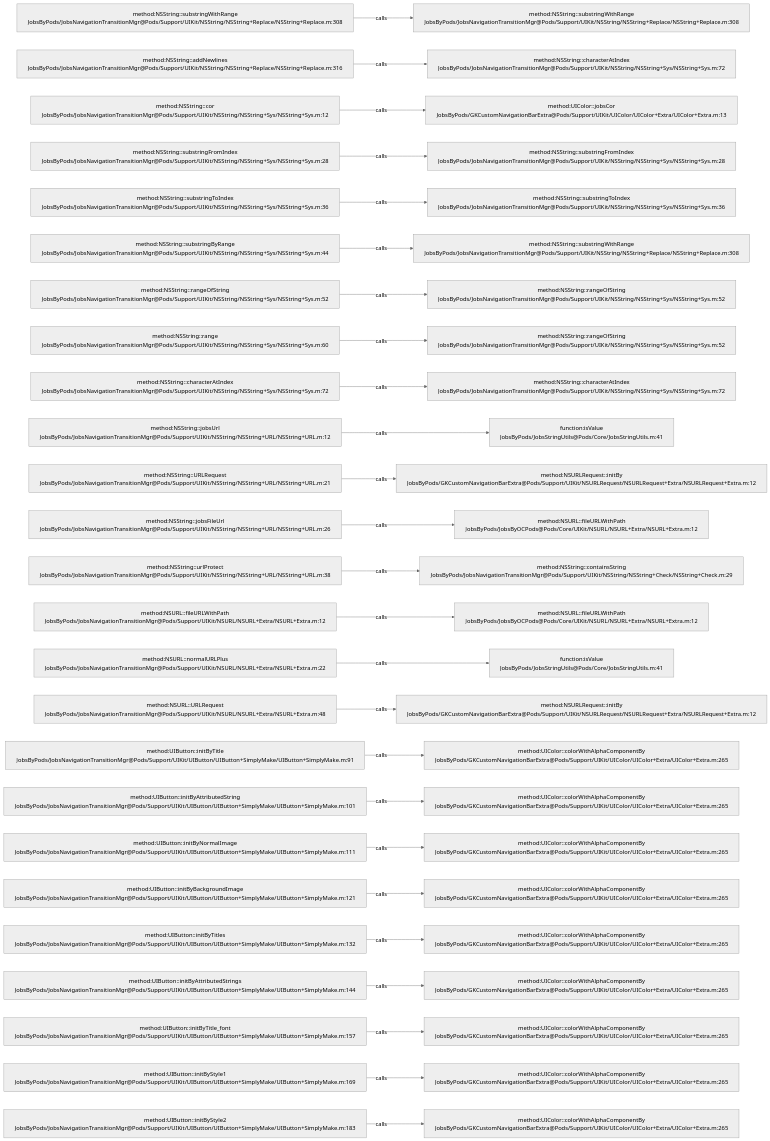
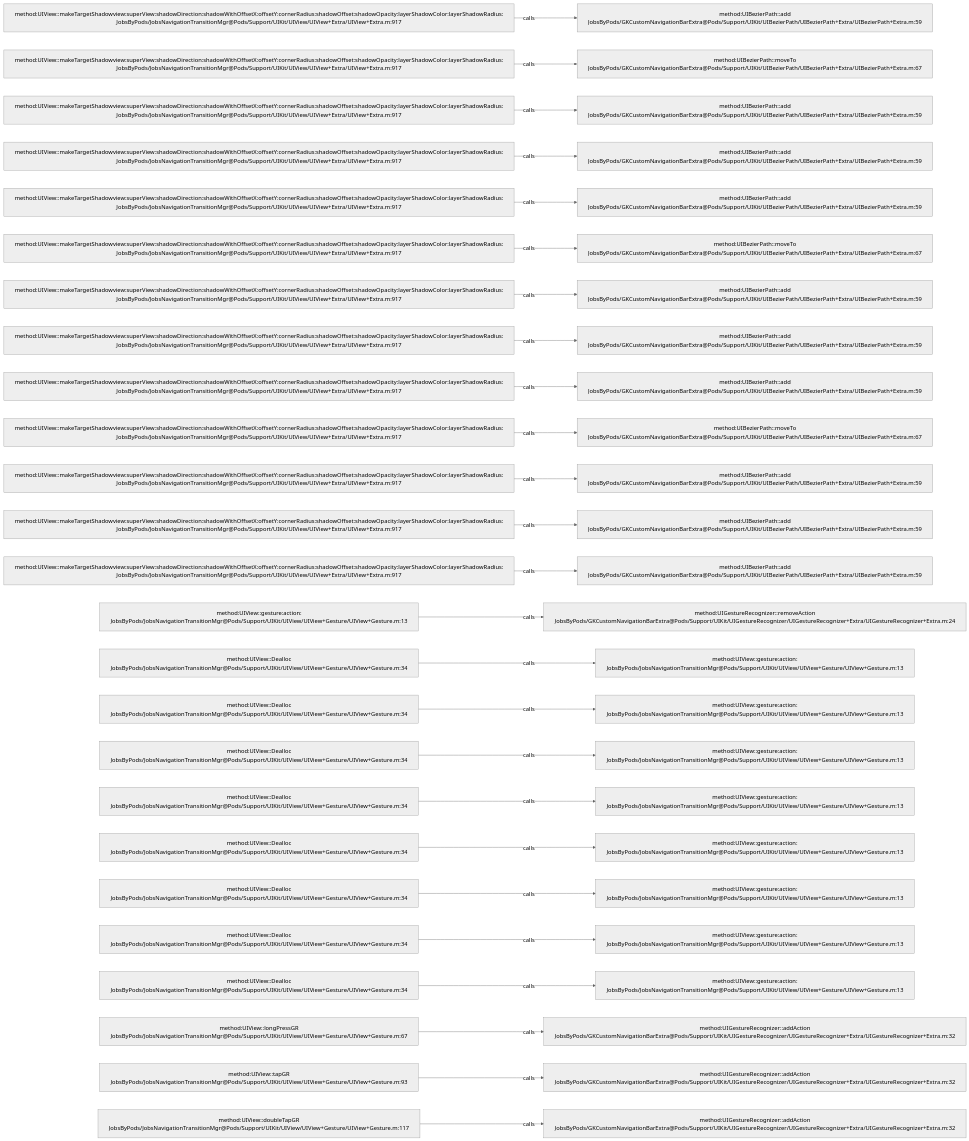
The diagram in .codegraph/codegraph.md/graphs/calls-133.md (JobsKits/JobsOCBaseConfigDemo), drawn with Mermaid (neutral theme) before and after one commit. The commit also changed 639 other files, not shown here.

````diff
--- a/.codegraph/codegraph.md/graphs/calls-133.md
+++ b/.codegraph/codegraph.md/graphs/calls-133.md
@@ -13,78 +13,78 @@
 ```mermaid
 flowchart LR
-  S1["method:NSString::substringWithRange<br/>JobsByPods/JobsNavigationTransitionMgr@Pods/Support/UIKit/NSString/NSString+Replace/NSString+Replace.m:308"]
-  T1["method:NSString::substringWithRange<br/>JobsByPods/JobsNavigationTransitionMgr@Pods/Support/UIKit/NSString/NSString+Replace/NSString+Replace.m:308"]
+  S1["method:UIView::makeTargetShadowview:superView:shadowDirection:shadowWithOffsetX:offsetY:cornerRadius:shadowOffset:shadowOpacity:layerShadowColor:layerShadowRadius:<br/>JobsByPods/JobsNavigationTransitionMgr@Pods/Support/UIKit/UIView/UIView+Extra/UIView+Extra.m:917"]
+  T1["method:UIBezierPath::add<br/>JobsByPods/GKCustomNavigationBarExtra@Pods/Support/UIKit/UIBezierPath/UIBezierPath+Extra/UIBezierPath+Extra.m:59"]
   S1 -->|calls| T1
-  S2["method:NSString::addNewlines<br/>JobsByPods/JobsNavigationTransitionMgr@Pods/Support/UIKit/NSString/NSString+Replace/NSString+Replace.m:316"]
-  T2["method:NSString::characterAtIndex<br/>JobsByPods/JobsNavigationTransitionMgr@Pods/Support/UIKit/NSString/NSString+Sys/NSString+Sys.m:72"]
+  S2["method:UIView::makeTargetShadowview:superView:shadowDirection:shadowWithOffsetX:offsetY:cornerRadius:shadowOffset:shadowOpacity:layerShadowColor:layerShadowRadius:<br/>JobsByPods/JobsNavigationTransitionMgr@Pods/Support/UIKit/UIView/UIView+Extra/UIView+Extra.m:917"]
+  T2["method:UIBezierPath::moveTo<br/>JobsByPods/GKCustomNavigationBarExtra@Pods/Support/UIKit/UIBezierPath/UIBezierPath+Extra/UIBezierPath+Extra.m:67"]
   S2 -->|calls| T2
-  S3["method:NSString::cor<br/>JobsByPods/JobsNavigationTransitionMgr@Pods/Support/UIKit/NSString/NSString+Sys/NSString+Sys.m:12"]
-  T3["method:UIColor::jobsCor<br/>JobsByPods/GKCustomNavigationBarExtra@Pods/Support/UIKit/UIColor/UIColor+Extra/UIColor+Extra.m:13"]
+  S3["method:UIView::makeTargetShadowview:superView:shadowDirection:shadowWithOffsetX:offsetY:cornerRadius:shadowOffset:shadowOpacity:layerShadowColor:layerShadowRadius:<br/>JobsByPods/JobsNavigationTransitionMgr@Pods/Support/UIKit/UIView/UIView+Extra/UIView+Extra.m:917"]
+  T3["method:UIBezierPath::add<br/>JobsByPods/GKCustomNavigationBarExtra@Pods/Support/UIKit/UIBezierPath/UIBezierPath+Extra/UIBezierPath+Extra.m:59"]
   S3 -->|calls| T3
-  S4["method:NSString::substringFromIndex<br/>JobsByPods/JobsNavigationTransitionMgr@Pods/Support/UIKit/NSString/NSString+Sys/NSString+Sys.m:28"]
-  T4["method:NSString::substringFromIndex<br/>JobsByPods/JobsNavigationTransitionMgr@Pods/Support/UIKit/NSString/NSString+Sys/NSString+Sys.m:28"]
+  S4["method:UIView::makeTargetShadowview:superView:shadowDirection:shadowWithOffsetX:offsetY:cornerRadius:shadowOffset:shadowOpacity:layerShadowColor:layerShadowRadius:<br/>JobsByPods/JobsNavigationTransitionMgr@Pods/Support/UIKit/UIView/UIView+Extra/UIView+Extra.m:917"]
+  T4["method:UIBezierPath::add<br/>JobsByPods/GKCustomNavigationBarExtra@Pods/Support/UIKit/UIBezierPath/UIBezierPath+Extra/UIBezierPath+Extra.m:59"]
   S4 -->|calls| T4
-  S5["method:NSString::substringToIndex<br/>JobsByPods/JobsNavigationTransitionMgr@Pods/Support/UIKit/NSString/NSString+Sys/NSString+Sys.m:36"]
-  T5["method:NSString::substringToIndex<br/>JobsByPods/JobsNavigationTransitionMgr@Pods/Support/UIKit/NSString/NSString+Sys/NSString+Sys.m:36"]
+  S5["method:UIView::makeTargetShadowview:superView:shadowDirection:shadowWithOffsetX:offsetY:cornerRadius:shadowOffset:shadowOpacity:layerShadowColor:layerShadowRadius:<br/>JobsByPods/JobsNavigationTransitionMgr@Pods/Support/UIKit/UIView/UIView+Extra/UIView+Extra.m:917"]
+  T5["method:UIBezierPath::add<br/>JobsByPods/GKCustomNavigationBarExtra@Pods/Support/UIKit/UIBezierPath/UIBezierPath+Extra/UIBezierPath+Extra.m:59"]
   S5 -->|calls| T5
-  S6["method:NSString::substringByRange<br/>JobsByPods/JobsNavigationTransitionMgr@Pods/Support/UIKit/NSString/NSString+Sys/NSString+Sys.m:44"]
-  T6["method:NSString::substringWithRange<br/>JobsByPods/JobsNavigationTransitionMgr@Pods/Support/UIKit/NSString/NSString+Replace/NSString+Replace.m:308"]
+  S6["method:UIView::makeTargetShadowview:superView:shadowDirection:shadowWithOffsetX:offsetY:cornerRadius:shadowOffset:shadowOpacity:layerShadowColor:layerShadowRadius:<br/>JobsByPods/JobsNavigationTransitionMgr@Pods/Support/UIKit/UIView/UIView+Extra/UIView+Extra.m:917"]
+  T6["method:UIBezierPath::moveTo<br/>JobsByPods/GKCustomNavigationBarExtra@Pods/Support/UIKit/UIBezierPath/UIBezierPath+Extra/UIBezierPath+Extra.m:67"]
   S6 -->|calls| T6
-  S7["method:NSString::rangeOfString<br/>JobsByPods/JobsNavigationTransitionMgr@Pods/Support/UIKit/NSString/NSString+Sys/NSString+Sys.m:52"]
-  T7["method:NSString::rangeOfString<br/>JobsByPods/JobsNavigationTransitionMgr@Pods/Support/UIKit/NSString/NSString+Sys/NSString+Sys.m:52"]
+  S7["method:UIView::makeTargetShadowview:superView:shadowDirection:shadowWithOffsetX:offsetY:cornerRadius:shadowOffset:shadowOpacity:layerShadowColor:layerShadowRadius:<br/>JobsByPods/JobsNavigationTransitionMgr@Pods/Support/UIKit/UIView/UIView+Extra/UIView+Extra.m:917"]
+  T7["method:UIBezierPath::add<br/>JobsByPods/GKCustomNavigationBarExtra@Pods/Support/UIKit/UIBezierPath/UIBezierPath+Extra/UIBezierPath+Extra.m:59"]
   S7 -->|calls| T7
-  S8["method:NSString::range<br/>JobsByPods/JobsNavigationTransitionMgr@Pods/Support/UIKit/NSString/NSString+Sys/NSString+Sys.m:60"]
-  T8["method:NSString::rangeOfString<br/>JobsByPods/JobsNavigationTransitionMgr@Pods/Support/UIKit/NSString/NSString+Sys/NSString+Sys.m:52"]
+  S8["method:UIView::makeTargetShadowview:superView:shadowDirection:shadowWithOffsetX:offsetY:cornerRadius:shadowOffset:shadowOpacity:layerShadowColor:layerShadowRadius:<br/>JobsByPods/JobsNavigationTransitionMgr@Pods/Support/UIKit/UIView/UIView+Extra/UIView+Extra.m:917"]
+  T8["method:UIBezierPath::add<br/>JobsByPods/GKCustomNavigationBarExtra@Pods/Support/UIKit/UIBezierPath/UIBezierPath+Extra/UIBezierPath+Extra.m:59"]
   S8 -->|calls| T8
-  S9["method:NSString::characterAtIndex<br/>JobsByPods/JobsNavigationTransitionMgr@Pods/Support/UIKit/NSString/NSString+Sys/NSString+Sys.m:72"]
-  T9["method:NSString::characterAtIndex<br/>JobsByPods/JobsNavigationTransitionMgr@Pods/Support/UIKit/NSString/NSString+Sys/NSString+Sys.m:72"]
+  S9["method:UIView::makeTargetShadowview:superView:shadowDirection:shadowWithOffsetX:offsetY:cornerRadius:shadowOffset:shadowOpacity:layerShadowColor:layerShadowRadius:<br/>JobsByPods/JobsNavigationTransitionMgr@Pods/Support/UIKit/UIView/UIView+Extra/UIView+Extra.m:917"]
+  T9["method:UIBezierPath::add<br/>JobsByPods/GKCustomNavigationBarExtra@Pods/Support/UIKit/UIBezierPath/UIBezierPath+Extra/UIBezierPath+Extra.m:59"]
   S9 -->|calls| T9
-  S10["method:NSString::jobsUrl<br/>JobsByPods/JobsNavigationTransitionMgr@Pods/Support/UIKit/NSString/NSString+URL/NSString+URL.m:12"]
-  T10["function:isValue<br/>JobsByPods/JobsStringUtils@Pods/Core/JobsStringUtils.m:41"]
+  S10["method:UIView::makeTargetShadowview:superView:shadowDirection:shadowWithOffsetX:offsetY:cornerRadius:shadowOffset:shadowOpacity:layerShadowColor:layerShadowRadius:<br/>JobsByPods/JobsNavigationTransitionMgr@Pods/Support/UIKit/UIView/UIView+Extra/UIView+Extra.m:917"]
+  T10["method:UIBezierPath::moveTo<br/>JobsByPods/GKCustomNavigationBarExtra@Pods/Support/UIKit/UIBezierPath/UIBezierPath+Extra/UIBezierPath+Extra.m:67"]
   S10 -->|calls| T10
-  S11["method:NSString::URLRequest<br/>JobsByPods/JobsNavigationTransitionMgr@Pods/Support/UIKit/NSString/NSString+URL/NSString+URL.m:21"]
-  T11["method:NSURLRequest::initBy<br/>JobsByPods/GKCustomNavigationBarExtra@Pods/Support/UIKit/NSURLRequest/NSURLRequest+Extra/NSURLRequest+Extra.m:12"]
+  S11["method:UIView::makeTargetShadowview:superView:shadowDirection:shadowWithOffsetX:offsetY:cornerRadius:shadowOffset:shadowOpacity:layerShadowColor:layerShadowRadius:<br/>JobsByPods/JobsNavigationTransitionMgr@Pods/Support/UIKit/UIView/UIView+Extra/UIView+Extra.m:917"]
+  T11["method:UIBezierPath::add<br/>JobsByPods/GKCustomNavigationBarExtra@Pods/Support/UIKit/UIBezierPath/UIBezierPath+Extra/UIBezierPath+Extra.m:59"]
   S11 -->|calls| T11
-  S12["method:NSString::jobsFileUrl<br/>JobsByPods/JobsNavigationTransitionMgr@Pods/Support/UIKit/NSString/NSString+URL/NSString+URL.m:26"]
-  T12["method:NSURL::fileURLWithPath<br/>JobsByPods/JobsByOCPods@Pods/Core/UIKit/NSURL/NSURL+Extra/NSURL+Extra.m:12"]
+  S12["method:UIView::makeTargetShadowview:superView:shadowDirection:shadowWithOffsetX:offsetY:cornerRadius:shadowOffset:shadowOpacity:layerShadowColor:layerShadowRadius:<br/>JobsByPods/JobsNavigationTransitionMgr@Pods/Support/UIKit/UIView/UIView+Extra/UIView+Extra.m:917"]
+  T12["method:UIBezierPath::add<br/>JobsByPods/GKCustomNavigationBarExtra@Pods/Support/UIKit/UIBezierPath/UIBezierPath+Extra/UIBezierPath+Extra.m:59"]
   S12 -->|calls| T12
-  S13["method:NSString::urlProtect<br/>JobsByPods/JobsNavigationTransitionMgr@Pods/Support/UIKit/NSString/NSString+URL/NSString+URL.m:38"]
-  T13["method:NSString::containsString<br/>JobsByPods/JobsNavigationTransitionMgr@Pods/Support/UIKit/NSString/NSString+Check/NSString+Check.m:29"]
+  S13["method:UIView::makeTargetShadowview:superView:shadowDirection:shadowWithOffsetX:offsetY:cornerRadius:shadowOffset:shadowOpacity:layerShadowColor:layerShadowRadius:<br/>JobsByPods/JobsNavigationTransitionMgr@Pods/Support/UIKit/UIView/UIView+Extra/UIView+Extra.m:917"]
+  T13["method:UIBezierPath::add<br/>JobsByPods/GKCustomNavigationBarExtra@Pods/Support/UIKit/UIBezierPath/UIBezierPath+Extra/UIBezierPath+Extra.m:59"]
   S13 -->|calls| T13
-  S14["method:NSURL::fileURLWithPath<br/>JobsByPods/JobsNavigationTransitionMgr@Pods/Support/UIKit/NSURL/NSURL+Extra/NSURL+Extra.m:12"]
-  T14["method:NSURL::fileURLWithPath<br/>JobsByPods/JobsByOCPods@Pods/Core/UIKit/NSURL/NSURL+Extra/NSURL+Extra.m:12"]
+  S14["method:UIView::gesture:action:<br/>JobsByPods/JobsNavigationTransitionMgr@Pods/Support/UIKit/UIView/UIView+Gesture/UIView+Gesture.m:13"]
+  T14["method:UIGestureRecognizer::removeAction<br/>JobsByPods/GKCustomNavigationBarExtra@Pods/Support/UIKit/UIGestureRecognizer/UIGestureRecognizer+Extra/UIGestureRecognizer+Extra.m:24"]
   S14 -->|calls| T14
-  S15["method:NSURL::normalURLPlus<br/>JobsByPods/JobsNavigationTransitionMgr@Pods/Support/UIKit/NSURL/NSURL+Extra/NSURL+Extra.m:22"]
-  T15["function:isValue<br/>JobsByPods/JobsStringUtils@Pods/Core/JobsStringUtils.m:41"]
+  S15["method:UIView::Dealloc<br/>JobsByPods/JobsNavigationTransitionMgr@Pods/Support/UIKit/UIView/UIView+Gesture/UIView+Gesture.m:34"]
+  T15["method:UIView::gesture:action:<br/>JobsByPods/JobsNavigationTransitionMgr@Pods/Support/UIKit/UIView/UIView+Gesture/UIView+Gesture.m:13"]
   S15 -->|calls| T15
-  S16["method:NSURL::URLRequest<br/>JobsByPods/JobsNavigationTransitionMgr@Pods/Support/UIKit/NSURL/NSURL+Extra/NSURL+Extra.m:48"]
-  T16["method:NSURLRequest::initBy<br/>JobsByPods/GKCustomNavigationBarExtra@Pods/Support/UIKit/NSURLRequest/NSURLRequest+Extra/NSURLRequest+Extra.m:12"]
+  S16["method:UIView::Dealloc<br/>JobsByPods/JobsNavigationTransitionMgr@Pods/Support/UIKit/UIView/UIView+Gesture/UIView+Gesture.m:34"]
+  T16["method:UIView::gesture:action:<br/>JobsByPods/JobsNavigationTransitionMgr@Pods/Support/UIKit/UIView/UIView+Gesture/UIView+Gesture.m:13"]
   S16 -->|calls| T16
-  S17["method:UIButton::initByTitle<br/>JobsByPods/JobsNavigationTransitionMgr@Pods/Support/UIKit/UIButton/UIButton+SimplyMake/UIButton+SimplyMake.m:91"]
-  T17["method:UIColor::colorWithAlphaComponentBy<br/>JobsByPods/GKCustomNavigationBarExtra@Pods/Support/UIKit/UIColor/UIColor+Extra/UIColor+Extra.m:265"]
+  S17["method:UIView::Dealloc<br/>JobsByPods/JobsNavigationTransitionMgr@Pods/Support/UIKit/UIView/UIView+Gesture/UIView+Gesture.m:34"]
+  T17["method:UIView::gesture:action:<br/>JobsByPods/JobsNavigationTransitionMgr@Pods/Support/UIKit/UIView/UIView+Gesture/UIView+Gesture.m:13"]
   S17 -->|calls| T17
-  S18["method:UIButton::initByAttributedString<br/>JobsByPods/JobsNavigationTransitionMgr@Pods/Support/UIKit/UIButton/UIButton+SimplyMake/UIButton+SimplyMake.m:101"]
-  T18["method:UIColor::colorWithAlphaComponentBy<br/>JobsByPods/GKCustomNavigationBarExtra@Pods/Support/UIKit/UIColor/UIColor+Extra/UIColor+Extra.m:265"]
+  S18["method:UIView::Dealloc<br/>JobsByPods/JobsNavigationTransitionMgr@Pods/Support/UIKit/UIView/UIView+Gesture/UIView+Gesture.m:34"]
+  T18["method:UIView::gesture:action:<br/>JobsByPods/JobsNavigationTransitionMgr@Pods/Support/UIKit/UIView/UIView+Gesture/UIView+Gesture.m:13"]
   S18 -->|calls| T18
-  S19["method:UIButton::initByNormalImage<br/>JobsByPods/JobsNavigationTransitionMgr@Pods/Support/UIKit/UIButton/UIButton+SimplyMake/UIButton+SimplyMake.m:111"]
-  T19["method:UIColor::colorWithAlphaComponentBy<br/>JobsByPods/GKCustomNavigationBarExtra@Pods/Support/UIKit/UIColor/UIColor+Extra/UIColor+Extra.m:265"]
+  S19["method:UIView::Dealloc<br/>JobsByPods/JobsNavigationTransitionMgr@Pods/Support/UIKit/UIView/UIView+Gesture/UIView+Gesture.m:34"]
+  T19["method:UIView::gesture:action:<br/>JobsByPods/JobsNavigationTransitionMgr@Pods/Support/UIKit/UIView/UIView+Gesture/UIView+Gesture.m:13"]
   S19 -->|calls| T19
-  S20["method:UIButton::initByBackgroundImage<br/>JobsByPods/JobsNavigationTransitionMgr@Pods/Support/UIKit/UIButton/UIButton+SimplyMake/UIButton+SimplyMake.m:121"]
-  T20["method:UIColor::colorWithAlphaComponentBy<br/>JobsByPods/GKCustomNavigationBarExtra@Pods/Support/UIKit/UIColor/UIColor+Extra/UIColor+Extra.m:265"]
+  S20["method:UIView::Dealloc<br/>JobsByPods/JobsNavigationTransitionMgr@Pods/Support/UIKit/UIView/UIView+Gesture/UIView+Gesture.m:34"]
+  T20["method:UIView::gesture:action:<br/>JobsByPods/JobsNavigationTransitionMgr@Pods/Support/UIKit/UIView/UIView+Gesture/UIView+Gesture.m:13"]
   S20 -->|calls| T20
-  S21["method:UIButton::initByTitles<br/>JobsByPods/JobsNavigationTransitionMgr@Pods/Support/UIKit/UIButton/UIButton+SimplyMake/UIButton+SimplyMake.m:132"]
-  T21["method:UIColor::colorWithAlphaComponentBy<br/>JobsByPods/GKCustomNavigationBarExtra@Pods/Support/UIKit/UIColor/UIColor+Extra/UIColor+Extra.m:265"]
+  S21["method:UIView::Dealloc<br/>JobsByPods/JobsNavigationTransitionMgr@Pods/Support/UIKit/UIView/UIView+Gesture/UIView+Gesture.m:34"]
+  T21["method:UIView::gesture:action:<br/>JobsByPods/JobsNavigationTransitionMgr@Pods/Support/UIKit/UIView/UIView+Gesture/UIView+Gesture.m:13"]
   S21 -->|calls| T21
-  S22["method:UIButton::initByAttributedStrings<br/>JobsByPods/JobsNavigationTransitionMgr@Pods/Support/UIKit/UIButton/UIButton+SimplyMake/UIButton+SimplyMake.m:144"]
-  T22["method:UIColor::colorWithAlphaComponentBy<br/>JobsByPods/GKCustomNavigationBarExtra@Pods/Support/UIKit/UIColor/UIColor+Extra/UIColor+Extra.m:265"]
+  S22["method:UIView::Dealloc<br/>JobsByPods/JobsNavigationTransitionMgr@Pods/Support/UIKit/UIView/UIView+Gesture/UIView+Gesture.m:34"]
+  T22["method:UIView::gesture:action:<br/>JobsByPods/JobsNavigationTransitionMgr@Pods/Support/UIKit/UIView/UIView+Gesture/UIView+Gesture.m:13"]
   S22 -->|calls| T22
-  S23["method:UIButton::initByTitle_font<br/>JobsByPods/JobsNavigationTransitionMgr@Pods/Support/UIKit/UIButton/UIButton+SimplyMake/UIButton+SimplyMake.m:157"]
-  T23["method:UIColor::colorWithAlphaComponentBy<br/>JobsByPods/GKCustomNavigationBarExtra@Pods/Support/UIKit/UIColor/UIColor+Extra/UIColor+Extra.m:265"]
+  S23["method:UIView::longPressGR<br/>JobsByPods/JobsNavigationTransitionMgr@Pods/Support/UIKit/UIView/UIView+Gesture/UIView+Gesture.m:67"]
+  T23["method:UIGestureRecognizer::addAction<br/>JobsByPods/GKCustomNavigationBarExtra@Pods/Support/UIKit/UIGestureRecognizer/UIGestureRecognizer+Extra/UIGestureRecognizer+Extra.m:32"]
   S23 -->|calls| T23
-  S24["method:UIButton::initByStyle1<br/>JobsByPods/JobsNavigationTransitionMgr@Pods/Support/UIKit/UIButton/UIButton+SimplyMake/UIButton+SimplyMake.m:169"]
-  T24["method:UIColor::colorWithAlphaComponentBy<br/>JobsByPods/GKCustomNavigationBarExtra@Pods/Support/UIKit/UIColor/UIColor+Extra/UIColor+Extra.m:265"]
+  S24["method:UIView::tapGR<br/>JobsByPods/JobsNavigationTransitionMgr@Pods/Support/UIKit/UIView/UIView+Gesture/UIView+Gesture.m:93"]
+  T24["method:UIGestureRecognizer::addAction<br/>JobsByPods/GKCustomNavigationBarExtra@Pods/Support/UIKit/UIGestureRecognizer/UIGestureRecognizer+Extra/UIGestureRecognizer+Extra.m:32"]
   S24 -->|calls| T24
-  S25["method:UIButton::initByStyle2<br/>JobsByPods/JobsNavigationTransitionMgr@Pods/Support/UIKit/UIButton/UIButton+SimplyMake/UIButton+SimplyMake.m:183"]
-  T25["method:UIColor::colorWithAlphaComponentBy<br/>JobsByPods/GKCustomNavigationBarExtra@Pods/Support/UIKit/UIColor/UIColor+Extra/UIColor+Extra.m:265"]
+  S25["method:UIView::doubleTapGR<br/>JobsByPods/JobsNavigationTransitionMgr@Pods/Support/UIKit/UIView/UIView+Gesture/UIView+Gesture.m:117"]
+  T25["method:UIGestureRecognizer::addAction<br/>JobsByPods/GKCustomNavigationBarExtra@Pods/Support/UIKit/UIGestureRecognizer/UIGestureRecognizer+Extra/UIGestureRecognizer+Extra.m:32"]
   S25 -->|calls| T25
 ```
````
